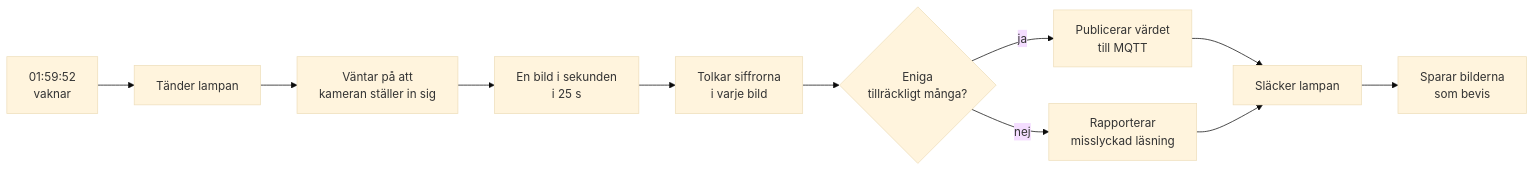
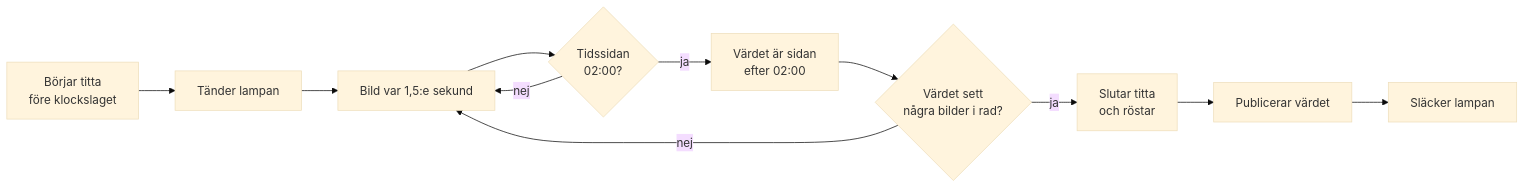
Before and after one commit to nikeng-forenade/vatten_kamera: the first of 2 diagrams in README.md, drawn with Mermaid (base theme). The commit also changed other lines of this file and 36 other files, not shown here.

````diff
--- a/README.md
+++ b/README.md
@@ -10,13 +10,13 @@
 ```mermaid
 flowchart LR
-    A[01:59:52<br/>vaknar] --> B[Tänder lampan]
-    B --> C[Väntar på att<br/>kameran ställer in sig]
-    C --> D[En bild i sekunden<br/>i 25 s]
-    D --> E[Tolkar siffrorna<br/>i varje bild]
-    E --> F{Eniga<br/>tillräckligt många?}
-    F -->|ja| G[Publicerar värdet<br/>till MQTT]
-    F -->|nej| H[Rapporterar<br/>misslyckad läsning]
-    G --> I[Släcker lampan]
-    H --> I
-    I --> J[Sparar bilderna<br/>som bevis]
+    A[Börjar titta<br/>före klockslaget] --> B[Tänder lampan]
+    B --> C[Bild var 1,5:e sekund]
+    C --> D{Tidssidan<br/>02:00?}
+    D -->|nej| C
+    D -->|ja| E[Värdet är sidan<br/>efter 02:00]
+    E --> F{Värdet sett<br/>några bilder i rad?}
+    F -->|nej| C
+    F -->|ja| G[Slutar titta<br/>och röstar]
+    G --> H[Publicerar värdet]
+    H --> I[Släcker lampan]
 ```
````
